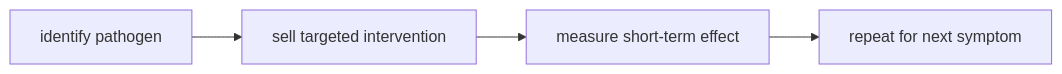
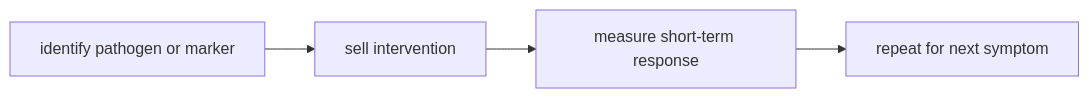
The diagram in health/Thuyết Vi Sinh Nội Sinh.md (dyukahi/knowledge), drawn with Mermaid before and after one commit. The commit also changed other lines of this file and 4 other files, not shown here.

````diff
--- a/health/Thuyết Vi Sinh Nội Sinh.md
+++ b/health/Thuyết Vi Sinh Nội Sinh.md
@@ -95,8 +90,8 @@
 ```mermaid
 flowchart LR
-    A["identify pathogen"]
-    B["sell targeted intervention"]
-    C["measure short-term effect"]
+    A["identify pathogen or marker"]
+    B["sell intervention"]
+    C["measure short-term response"]
     D["repeat for next symptom"]
     A --> B --> C --> D
 ```
````
